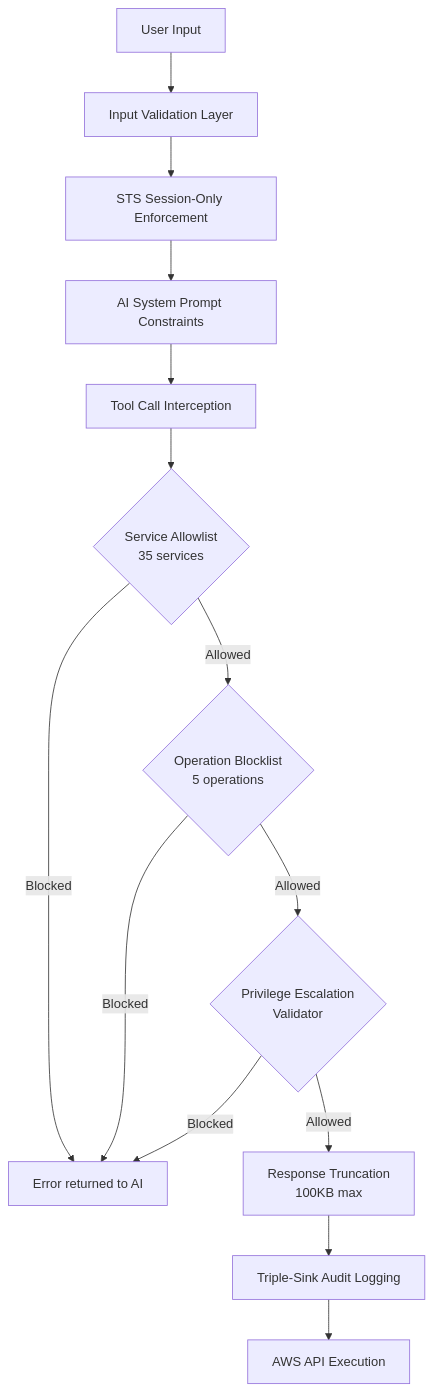
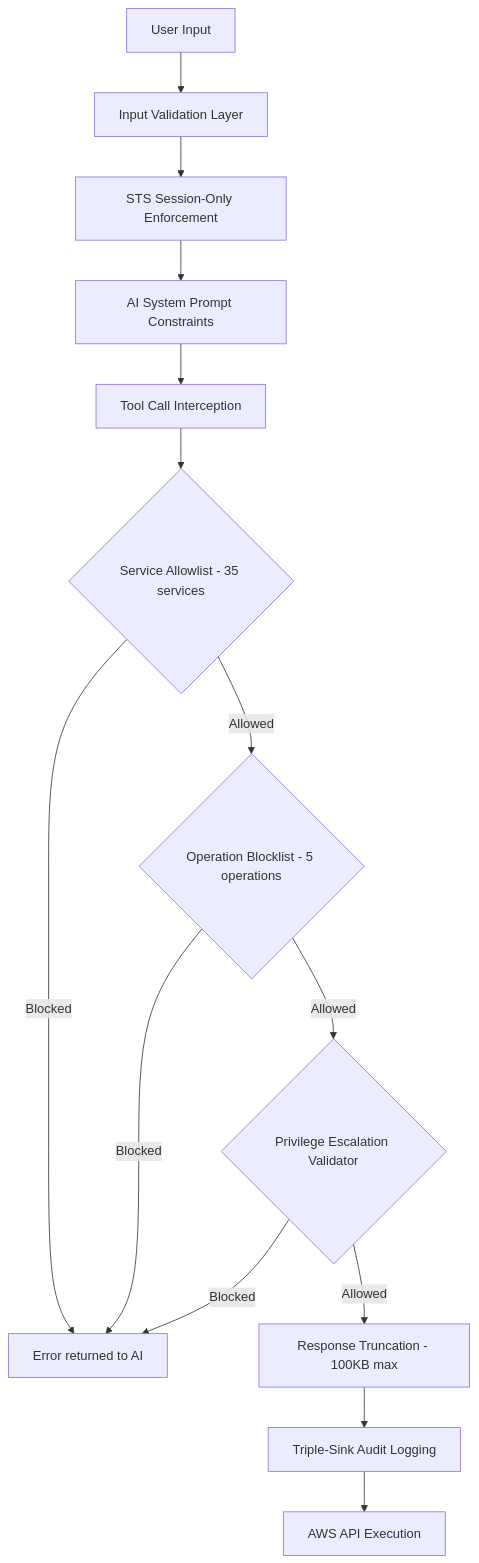
Before and after one commit to ritvikindupuri/aws-ai-agent: the ninth of 23 diagrams in TECHNICAL_DOCUMENTATION.md, drawn with Mermaid. The commit also changed other lines of this file, not shown here.

Commit message:
Updated README and docs diagrams

````diff
--- a/TECHNICAL_DOCUMENTATION.md
+++ b/TECHNICAL_DOCUMENTATION.md
@@ -872,16 +880,16 @@
 ```mermaid
 flowchart TD
     A[User Input] --> B[Input Validation Layer]
     B --> C[STS Session-Only Enforcement]
     C --> D[AI System Prompt Constraints]
     D --> E[Tool Call Interception]
-    E --> F{Service Allowlist<br/>35 services}
+    E --> F{Service Allowlist - 35 services}
     F -- Blocked --> G[Error returned to AI]
-    F -- Allowed --> H{Operation Blocklist<br/>5 operations}
+    F -- Allowed --> H{Operation Blocklist - 5 operations}
     H -- Blocked --> G
-    H -- Allowed --> I{Privilege Escalation<br/>Validator}
+    H -- Allowed --> I{Privilege Escalation Validator}
     I -- Blocked --> G
-    I -- Allowed --> J[Response Truncation<br/>100KB max]
+    I -- Allowed --> J[Response Truncation - 100KB max]
     J --> K[Triple-Sink Audit Logging]
     K --> L[AWS API Execution]
 ```
````
